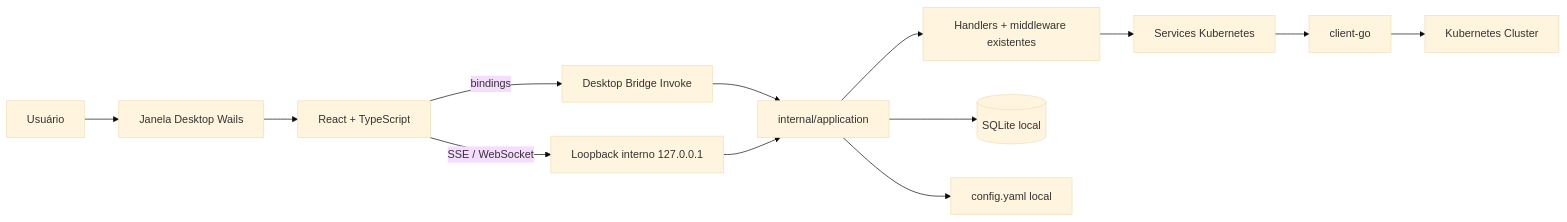
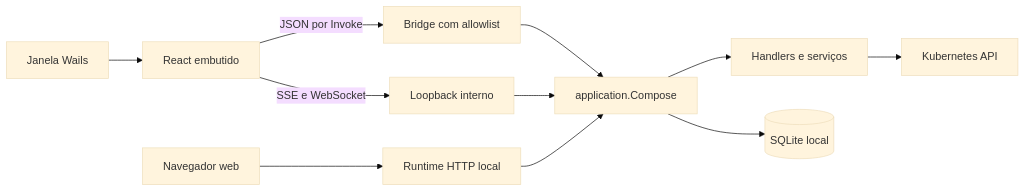
The diagram in docs/desktop-architecture.md (fvmoraes/kubepeep), drawn with Mermaid (base theme) before and after one commit. The commit also changed other lines of this file and 256 other files, not shown here.

````diff
--- a/docs/desktop-architecture.md
+++ b/docs/desktop-architecture.md
@@ -36,15 +9,13 @@
 ```mermaid
 flowchart LR
-    User[Usuário] --> Window[Janela Desktop Wails]
-    Window --> React[React + TypeScript]
-    React -->|bindings| Bridge[Desktop Bridge Invoke]
-    React -->|SSE / WebSocket| Loopback[Loopback interno 127.0.0.1]
-    Bridge --> App[internal/application]
+    Window[Janela Wails] --> React[React embutido]
+    Browser[Navegador web] --> HTTP[Runtime HTTP local]
+    React -->|JSON por Invoke| Bridge[Bridge com allowlist]
+    React -->|SSE e WebSocket| Loopback[Loopback interno]
+    Bridge --> App[application.Compose]
     Loopback --> App
-    App --> Handlers[Handlers + middleware existentes]
-    Handlers --> Services[Services Kubernetes]
-    Services --> ClientGo[client-go]
-    ClientGo --> Cluster[Kubernetes Cluster]
+    HTTP --> App
+    App --> Services[Handlers e serviços]
+    Services --> Kubernetes[Kubernetes API]
     App --> SQLite[(SQLite local)]
-    App --> Config[config.yaml local]
 ```
````
